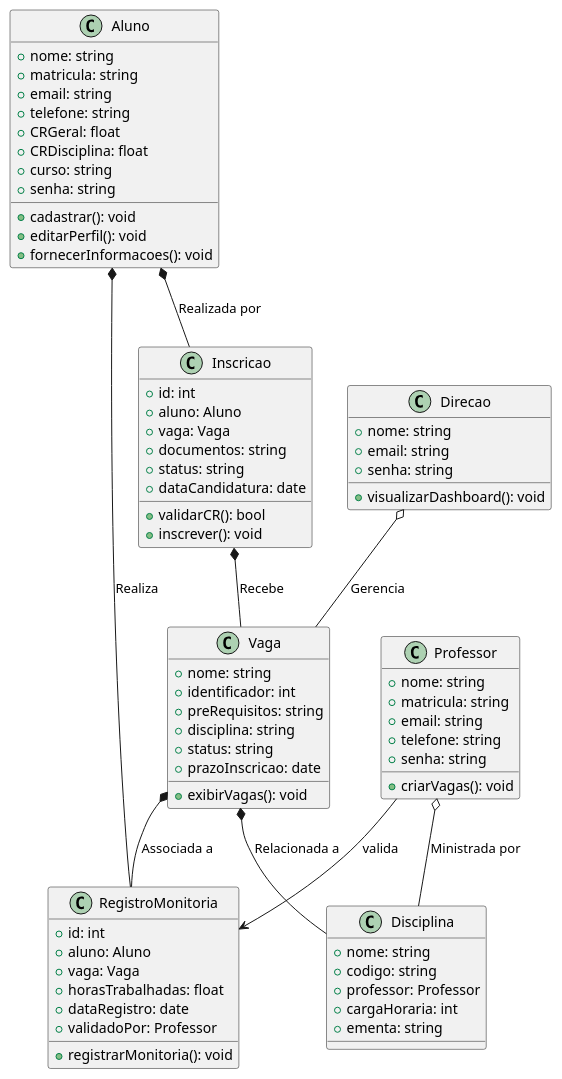
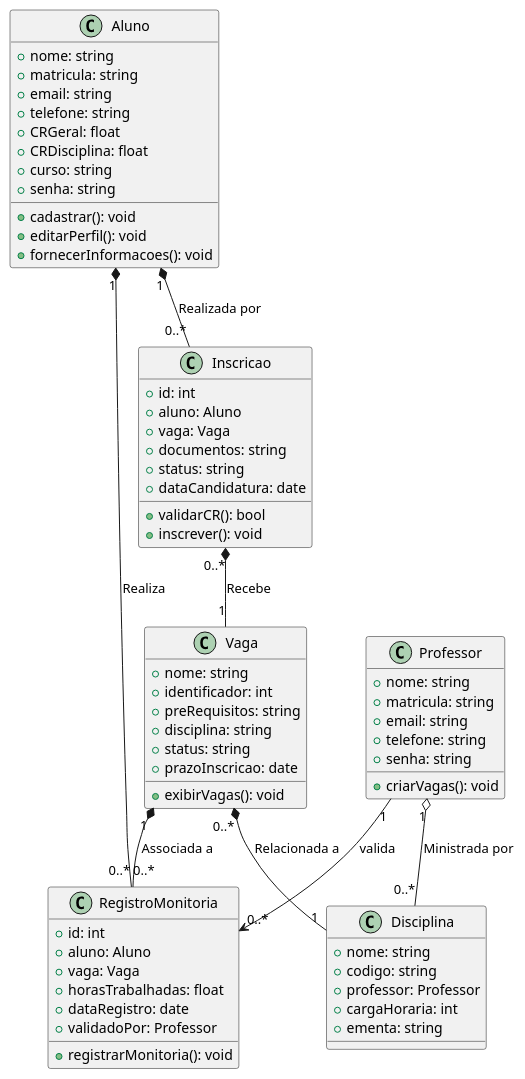
One commit to Projetos-de-Extensao/PBE_25.2_8004_II changed the diagram in docs/Elaboracao/diagramaclasse.puml. Above: the diagram before and after it, drawn with PlantUML. The commit also changed 24 other files, not shown here.

```diff
--- a/docs/Elaboracao/diagramaclasse.puml
+++ b/docs/Elaboracao/diagramaclasse.puml
@@ -1,85 +1,74 @@
-@startuml DiagramaDeClasses
-'-----------------------------------
-' Diagrama de Classes - Equipe Elon Musk
-' Sistema de Monitoria IBMEC
-' Elaborado por: Arthur Riess, Pedro Macedo, Felipe Maia e Yago Carvalho
-'-----------------------------------
+@startuml
 
 class Aluno {
     +nome: string
     +matricula: string
     +email: string
     +telefone: string
     +CRGeral: float
     +CRDisciplina: float
     +curso: string
     +senha: string
     +cadastrar(): void
     +editarPerfil(): void
     +fornecerInformacoes(): void
 }
 
 class Professor {
     +nome: string
     +matricula: string
     +email: string
     +telefone: string
     +senha: string
     +criarVagas(): void
-}
-
-class Direcao {
-    +nome: string
-    +email: string
-    +senha: string
-    +visualizarDashboard(): void
 }
 
 class Vaga {
     +nome: string
     +identificador: int
     +preRequisitos: string
     +disciplina: string
     +status: string
     +prazoInscricao: date
     +exibirVagas(): void
 }
 
 class Inscricao {
     +id: int
     +aluno: Aluno
     +vaga: Vaga
     +documentos: string
     +status: string
     +dataCandidatura: date
     +validarCR(): bool
     +inscrever(): void
 }
 
 class RegistroMonitoria {
     +id: int
     +aluno: Aluno
     +vaga: Vaga
     +horasTrabalhadas: float
     +dataRegistro: date
     +validadoPor: Professor
     +registrarMonitoria(): void
 }
 
 class Disciplina {
     +nome: string
     +codigo: string
     +professor: Professor
     +cargaHoraria: int
     +ementa: string
 }
 
-Aluno *-- Inscricao: Realizada por
-Inscricao *-- Vaga: Recebe
-Vaga *-- Disciplina: Relacionada a
-Professor o-- Disciplina: Ministrada por
-Aluno *-- RegistroMonitoria: Realiza
-Vaga *-- RegistroMonitoria: Associada a
-Professor --> RegistroMonitoria: valida
-Direcao o-- Vaga: Gerencia
+' Relacionamentos com multiplicidades
+Aluno "1" *-- "0..*" Inscricao: Realizada por
+Inscricao "0..*" *-- "1" Vaga: Recebe
+Vaga "0..*" *-- "1" Disciplina: Relacionada a
+Professor "1" o-- "0..*" Disciplina: Ministrada por
+Aluno "1" *-- "0..*" RegistroMonitoria: Realiza
+Vaga "1" *-- "0..*" RegistroMonitoria: Associada a
+Professor "1" --> "0..*" RegistroMonitoria: valida
+
 @enduml
```
